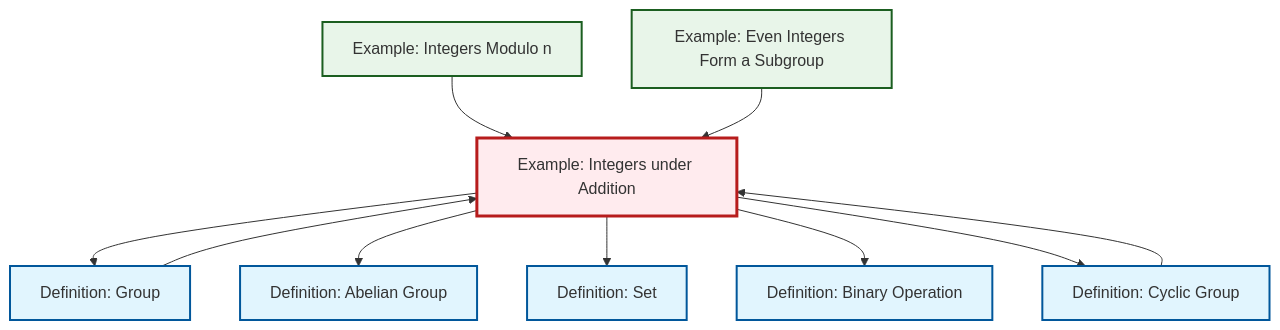
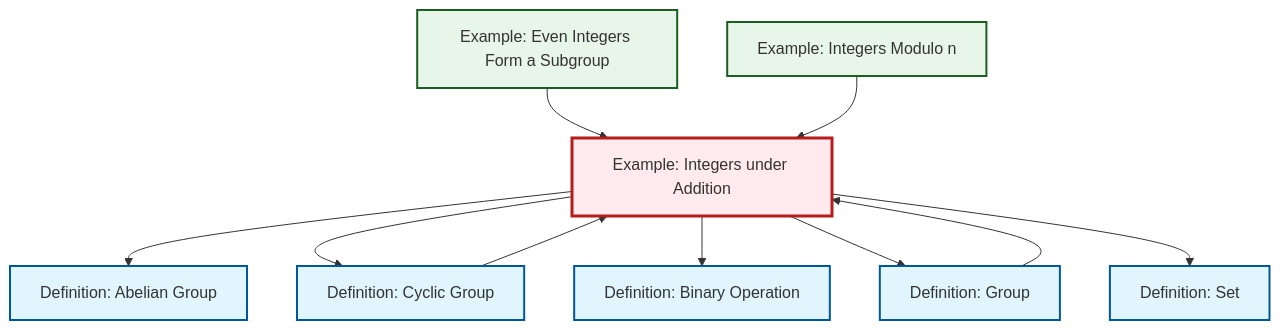
Before and after one commit to RK0429/ModernMath: the diagram in content/ja/algebra/ex-integers-addition.qmd, drawn with Mermaid. The commit also changed other lines of this file and 615 other files, not shown here.

````diff
--- a/content/ja/algebra/ex-integers-addition.qmd
+++ b/content/ja/algebra/ex-integers-addition.qmd
@@ -74,34 +74,34 @@
 ```{mermaid}
 %%| fig-cap: "Local dependency graph"
 graph TD
     classDef definition fill:#e1f5fe,stroke:#01579b,stroke-width:2px
     classDef theorem fill:#f3e5f5,stroke:#4a148c,stroke-width:2px
     classDef axiom fill:#fff3e0,stroke:#e65100,stroke-width:2px
     classDef example fill:#e8f5e9,stroke:#1b5e20,stroke-width:2px
     classDef current fill:#ffebee,stroke:#b71c1c,stroke-width:3px
-    def-abelian-group["Definition: Abelian Group"]:::definition
     ex-integers-addition["Example: Integers under Addition"]:::example
     def-set["Definition: Set"]:::definition
+    def-group["Definition: Group"]:::definition
+    def-cyclic-group["Definition: Cyclic Group"]:::definition
+    def-binary-operation["Definition: Binary Operation"]:::definition
+    def-abelian-group["Definition: Abelian Group"]:::definition
+    ex-even-integers-subgroup["Example: Even Integers Form a Subgroup"]:::example
     ex-quotient-integers-mod-n["Example: Integers Modulo n"]:::example
-    def-cyclic-group["Definition: Cyclic Group"]:::definition
-    ex-even-integers-subgroup["Example: Even Integers Form a Subgroup"]:::example
-    def-group["Definition: Group"]:::definition
-    def-binary-operation["Definition: Binary Operation"]:::definition
-    ex-quotient-integers-mod-n --> ex-integers-addition
-    ex-integers-addition --> def-group
     def-cyclic-group --> ex-integers-addition
     ex-integers-addition --> def-abelian-group
+    ex-integers-addition --> def-cyclic-group
+    ex-integers-addition --> def-binary-operation
+    ex-integers-addition --> def-group
+    ex-integers-addition --> def-set
     def-group --> ex-integers-addition
-    ex-integers-addition --> def-set
-    ex-integers-addition --> def-binary-operation
-    ex-integers-addition --> def-cyclic-group
     ex-even-integers-subgroup --> ex-integers-addition
+    ex-quotient-integers-mod-n --> ex-integers-addition
     class ex-integers-addition current
+    click def-set "def-set.html" "Definition: Setへ"
+    click def-group "def-group.html" "Definition: Groupへ"
+    click def-cyclic-group "def-cyclic-group.html" "Definition: Cyclic Groupへ"
+    click def-binary-operation "def-binary-operation.html" "Definition: Binary Operationへ"
     click def-abelian-group "def-abelian-group.html" "Definition: Abelian Groupへ"
-    click def-set "def-set.html" "Definition: Setへ"
+    click ex-even-integers-subgroup "ex-even-integers-subgroup.html" "Example: Even Integers Form a Subgroupへ"
     click ex-quotient-integers-mod-n "ex-quotient-integers-mod-n.html" "Example: Integers Modulo nへ"
-    click def-cyclic-group "def-cyclic-group.html" "Definition: Cyclic Groupへ"
-    click ex-even-integers-subgroup "ex-even-integers-subgroup.html" "Example: Even Integers Form a Subgroupへ"
-    click def-group "def-group.html" "Definition: Groupへ"
-    click def-binary-operation "def-binary-operation.html" "Definition: Binary Operationへ"
 ```
````
